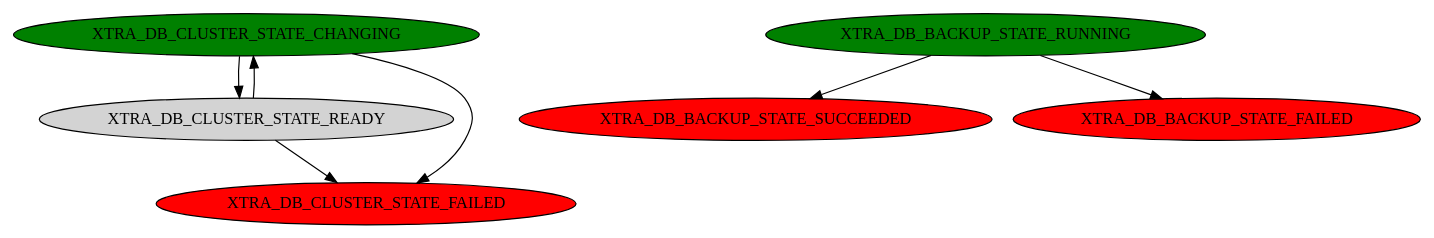
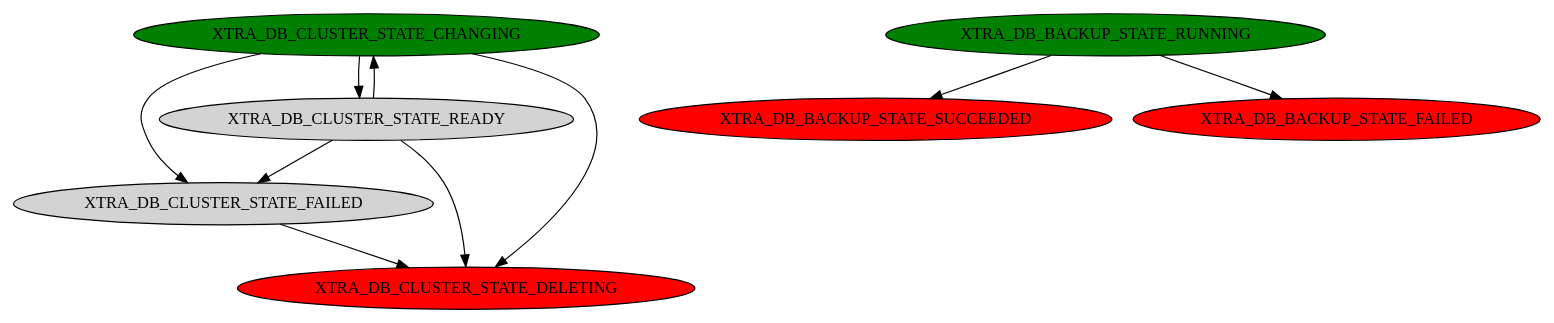
The diagram in api/controller/states.dot (percona/dbaas-api), drawn with Graphviz before and after one commit. The commit also changed 2 other files, not shown here.

Commit message:
Add another status for XtraDB Cluster (#21)

```diff
--- a/api/controller/states.dot
+++ b/api/controller/states.dot
@@ -1,28 +1,33 @@
 digraph  {
 
 subgraph XtraDBClusterState {
   node [style=filled];
 
   XTRA_DB_CLUSTER_STATE_CHANGING [fillcolor=green];
   XTRA_DB_CLUSTER_STATE_READY;
-  XTRA_DB_CLUSTER_STATE_FAILED [fillcolor=red];
+  XTRA_DB_CLUSTER_STATE_FAILED;
+  XTRA_DB_CLUSTER_STATE_DELETING [fillcolor=red];
 
   XTRA_DB_CLUSTER_STATE_CHANGING -> XTRA_DB_CLUSTER_STATE_READY;
   XTRA_DB_CLUSTER_STATE_READY -> XTRA_DB_CLUSTER_STATE_CHANGING;
 
   XTRA_DB_CLUSTER_STATE_CHANGING -> XTRA_DB_CLUSTER_STATE_FAILED;
   XTRA_DB_CLUSTER_STATE_READY -> XTRA_DB_CLUSTER_STATE_FAILED;
+
+  XTRA_DB_CLUSTER_STATE_CHANGING -> XTRA_DB_CLUSTER_STATE_DELETING;
+  XTRA_DB_CLUSTER_STATE_READY -> XTRA_DB_CLUSTER_STATE_DELETING;
+  XTRA_DB_CLUSTER_STATE_FAILED -> XTRA_DB_CLUSTER_STATE_DELETING;
 }
 
 subgraph XtraDBBackupState {
   node [style=filled];
 
   XTRA_DB_BACKUP_STATE_RUNNING [fillcolor=green];
   XTRA_DB_BACKUP_STATE_SUCCEEDED [fillcolor=red];
   XTRA_DB_BACKUP_STATE_FAILED [fillcolor=red];
 
   XTRA_DB_BACKUP_STATE_RUNNING -> XTRA_DB_BACKUP_STATE_SUCCEEDED;
   XTRA_DB_BACKUP_STATE_RUNNING -> XTRA_DB_BACKUP_STATE_FAILED;
 }
 
 }
```
